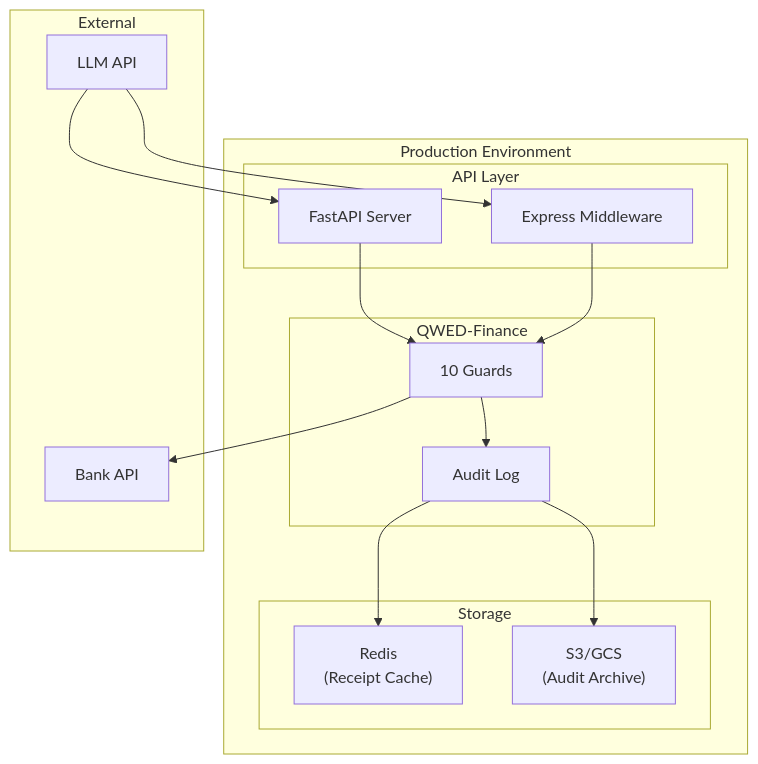
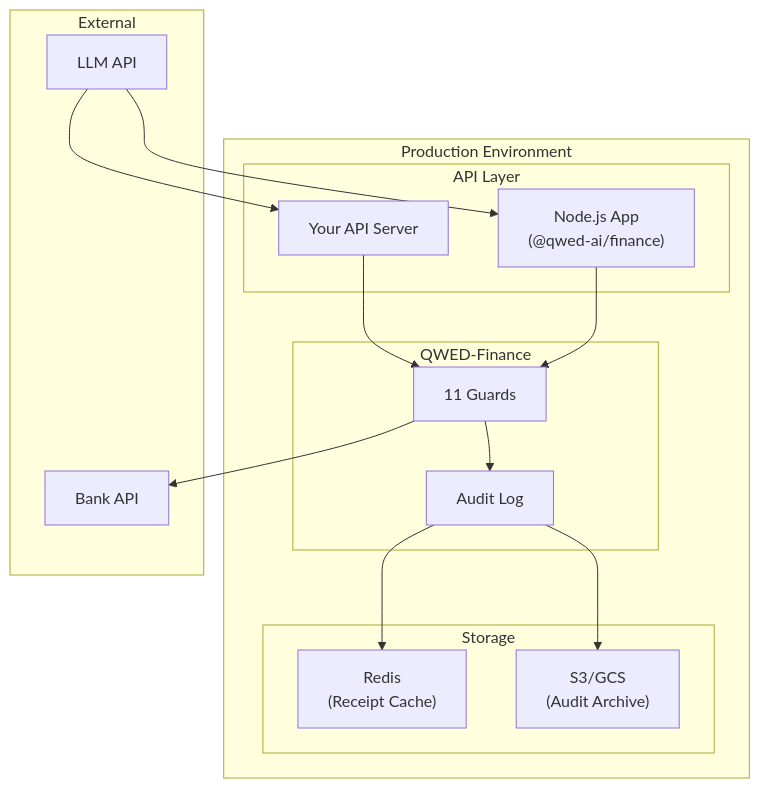
One commit to QWED-AI/docs changed the eighth of 8 diagrams in finance/design.mdx. Above: the diagram before and after it, drawn with Mermaid. The commit also changed other lines of this file and 6 other files, not shown here.

First line of the commit message:
docs(finance): align finance pages with qwed-finance 3.0.1

````diff
--- a/finance/design.mdx
+++ b/finance/design.mdx
@@ -253,33 +266,33 @@
 ```mermaid
 flowchart TB
     subgraph "Production Environment"
         subgraph "API Layer"
-            FastAPI["FastAPI Server"]
-            Express["Express Middleware"]
+            FastAPI["Your API Server"]
+            Express["Node.js App<br/>(@qwed-ai/finance)"]
         end
         
         subgraph "QWED-Finance"
-            Guards["10 Guards"]
+            Guards["11 Guards"]
             Audit["Audit Log"]
         end
         
         subgraph "Storage"
             Redis["Redis<br/>(Receipt Cache)"]
             S3["S3/GCS<br/>(Audit Archive)"]
         end
     end
     
     subgraph "External"
         LLM["LLM API"]
         Bank["Bank API"]
     end
     
     LLM --> FastAPI
     LLM --> Express
     FastAPI --> Guards
     Express --> Guards
     Guards --> Audit
     Audit --> Redis
     Audit --> S3
     Guards --> Bank
 ```
````
